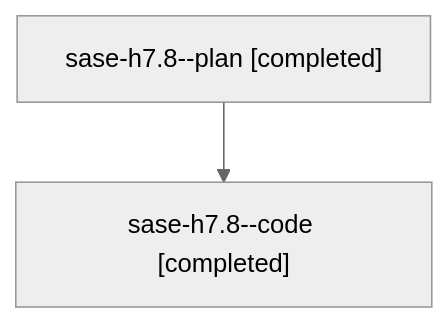
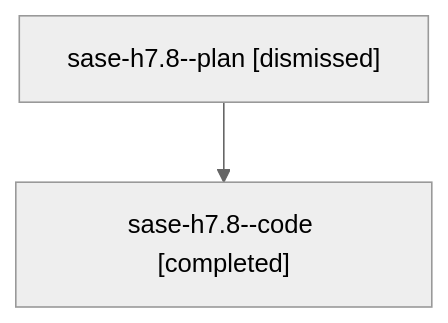
Before and after one commit to sase-org/sase--agents: the diagram in families/bbugyi200.athena.sase-h7.8.md, drawn with Mermaid (neutral theme). The commit also changed other lines of this file and 1506 other files, not shown here.

````diff
--- a/families/bbugyi200.athena.sase-h7.8.md
+++ b/families/bbugyi200.athena.sase-h7.8.md
@@ -9,6 +9,6 @@
 ```mermaid
 flowchart TD
-  n0["sase-h7.8--plan [completed]"]
+  n0["sase-h7.8--plan [dismissed]"]
   n1["sase-h7.8--code [completed]"]
   n0 --> n1
 ```
````
